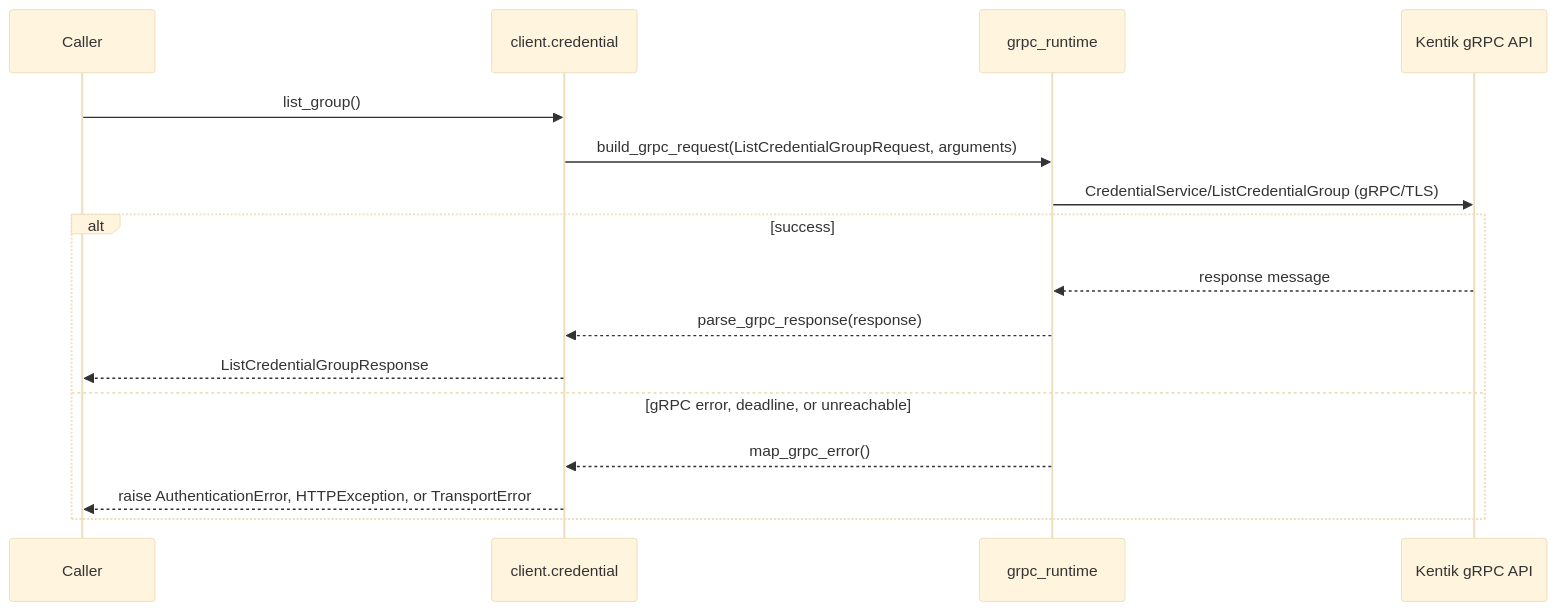
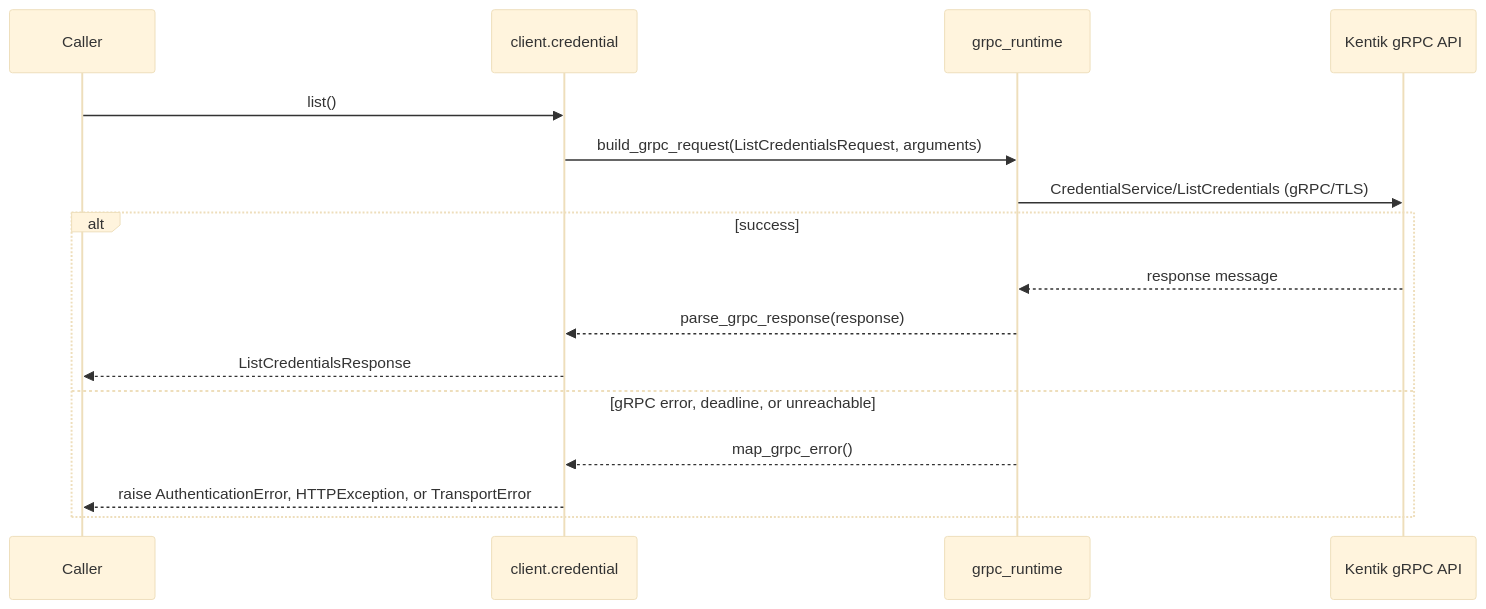
Before and after one commit to alexdearaujo/community_sdk_python: the third of 22 diagrams in docs/sphinx/services/credential.md, drawn with Mermaid (base theme). The commit also changed other lines of this file and 56 other files, not shown here.

Commit message:
chore: sync schema, credential API v20261020alpha1

````diff
--- a/docs/sphinx/services/credential.md
+++ b/docs/sphinx/services/credential.md
@@ -59,19 +59,19 @@
 ```mermaid
 sequenceDiagram
     participant C as Caller
     participant W as client.credential
     participant R as grpc_runtime
     participant API as Kentik gRPC API
 
-    C->>W: list_group()
-    W->>R: build_grpc_request(ListCredentialGroupRequest, arguments)
-    R->>API: CredentialService/ListCredentialGroup (gRPC/TLS)
+    C->>W: list()
+    W->>R: build_grpc_request(ListCredentialsRequest, arguments)
+    R->>API: CredentialService/ListCredentials (gRPC/TLS)
     alt success
         API-->>R: response message
         R-->>W: parse_grpc_response(response)
-        W-->>C: ListCredentialGroupResponse
+        W-->>C: ListCredentialsResponse
     else gRPC error, deadline, or unreachable
         R-->>W: map_grpc_error()
         W-->>C: raise AuthenticationError, HTTPException, or TransportError
     end
 ```
````
